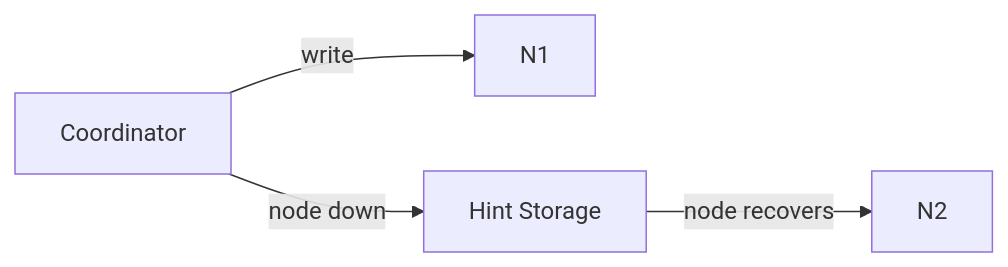
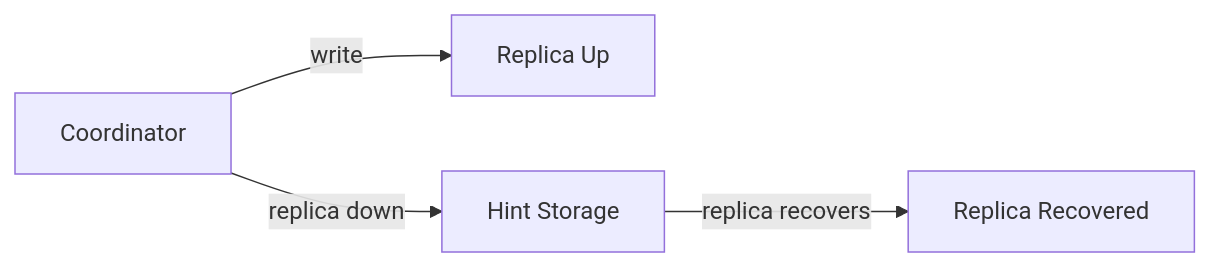
One commit to limainfo/guia-design-sistema-ti changed diagram 11 of 11 in 02-technologies/02-database-cassandra/README.md. Above: the diagram before and after it, drawn with Mermaid. The commit also changed other lines of this file, not shown here.

````diff
--- a/02-technologies/02-database-cassandra/README.md
+++ b/02-technologies/02-database-cassandra/README.md
@@ -327,7 +409,6 @@
 ```mermaid
 flowchart LR
-    C[Coordinator]
-    C -->|write| N1
-    C -->|node down| H[Hint Storage]
-    H -->|node recovers| N2
+    C[Coordinator] -->|write| N1[Replica Up]
+    C -->|replica down| H[Hint Storage]
+    H -->|replica recovers| N2[Replica Recovered]
 ```
````
